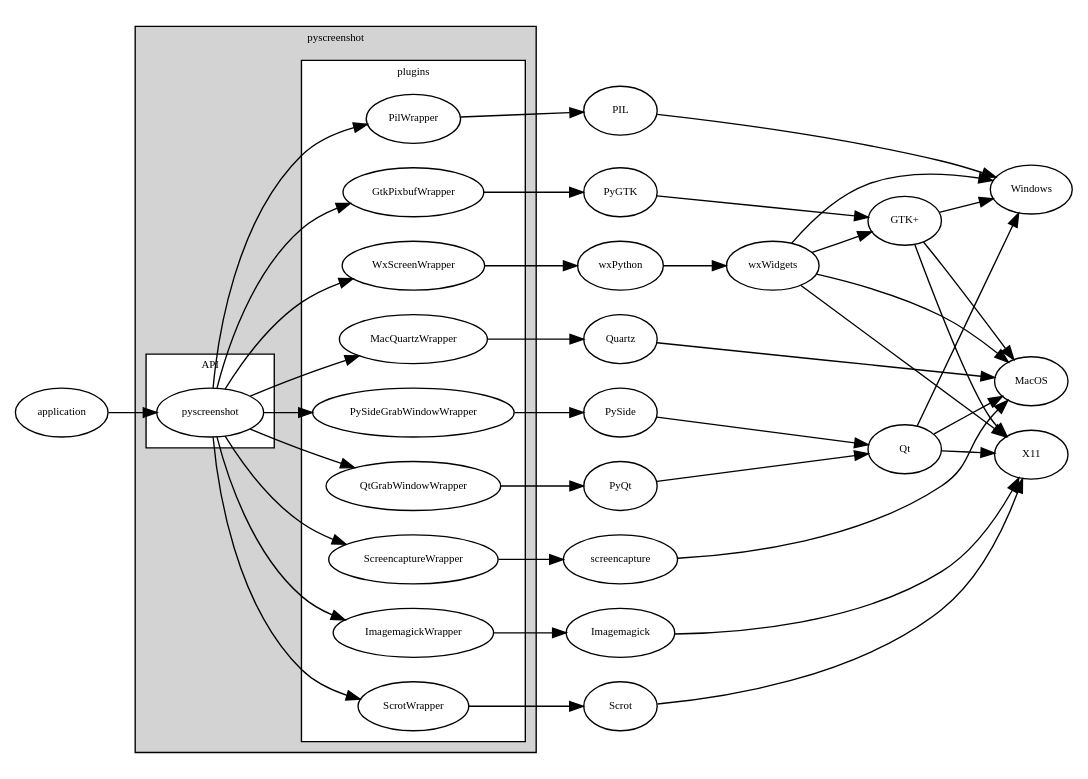
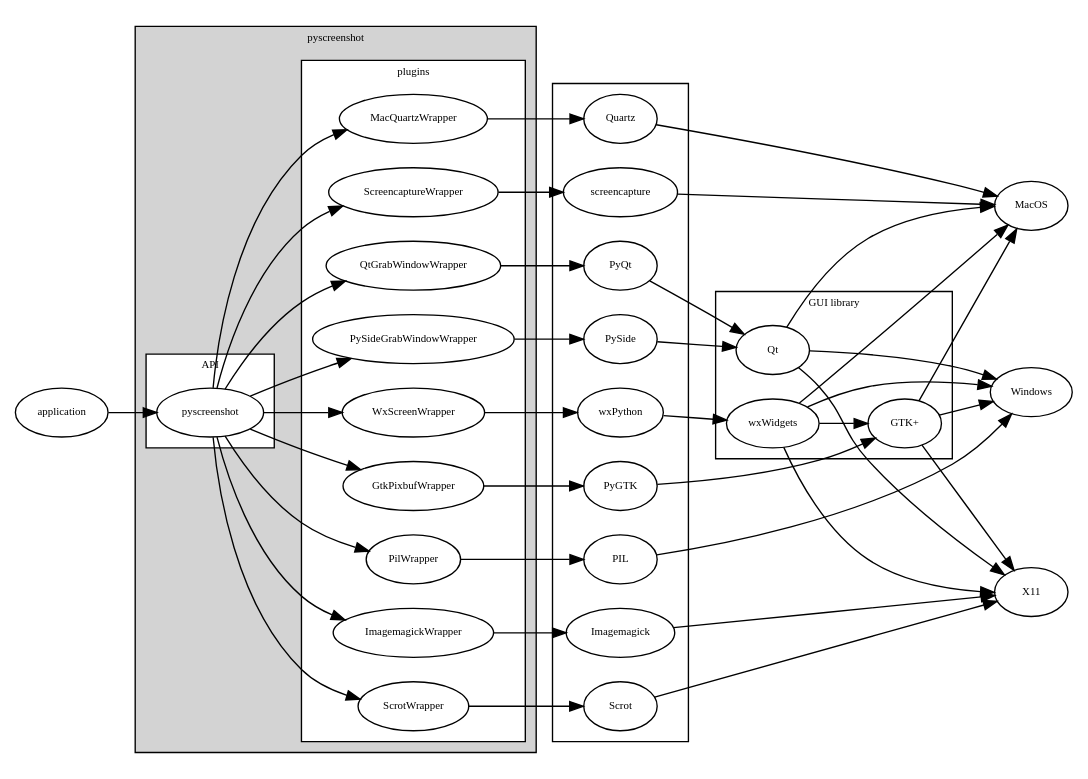
Before and after one commit to ponty/pyscreenshot: the diagram in docs/hierarchy.rst, drawn with Graphviz.

Commit message:
doc: format hierarchy

```diff
--- a/docs/hierarchy.rst
+++ b/docs/hierarchy.rst
@@ -4,61 +4,79 @@
 .. graphviz::
 
     digraph G {
         rankdir=LR;
         node [fontsize=8];
         fontsize=8;
 
         subgraph cluster_0 {
             label = "pyscreenshot";
             style=filled;
             fillcolor=lightgrey;
             subgraph cluster_1 {
                 label = "API";
                 style=filled;
                 fillcolor=white;
 
                 pyscreenshot;
             }
             subgraph cluster_2 {
                 style=filled;
                 fillcolor=white;
                 label = "plugins";
 
                 pyscreenshot -> GtkPixbufWrapper;
                 pyscreenshot -> QtGrabWindowWrapper;
                 pyscreenshot -> PySideGrabWindowWrapper;
                 pyscreenshot -> PilWrapper;
                 pyscreenshot -> ImagemagickWrapper;
                 pyscreenshot -> WxScreenWrapper;
                 pyscreenshot -> ScrotWrapper;
                 pyscreenshot -> MacQuartzWrapper
                 pyscreenshot -> ScreencaptureWrapper
             }
         }
+        subgraph cluster_3 {
+            PIL;
+            wxPython;
+            PyQt;
+            PySide;
+            PyGTK;
+            screencapture;
+            Quartz;
+            Scrot;
+            Imagemagick;
+        }
+        subgraph cluster_4 {
+            label = "GUI library";
+            Qt;
+            wxWidgets;
+            "GTK+";
+        }
+
         QtGrabWindowWrapper -> PyQt -> Qt;
         PySideGrabWindowWrapper -> PySide -> Qt;
         Qt -> MacOS;
         Qt -> Windows;
         Qt -> X11;
 
         PilWrapper -> PIL -> Windows;
         ImagemagickWrapper -> Imagemagick -> X11;
         ScrotWrapper -> Scrot -> X11;
 
         GtkPixbufWrapper -> PyGTK -> "GTK+";
         "GTK+" -> MacOS;
         "GTK+" -> Windows;
         "GTK+" -> X11;
 
         WxScreenWrapper -> wxPython -> wxWidgets;
         wxWidgets -> "GTK+";
         wxWidgets -> MacOS;
         wxWidgets -> Windows;
         wxWidgets -> X11;
 
         MacQuartzWrapper -> Quartz -> MacOS;
         ScreencaptureWrapper -> screencapture -> MacOS;
 
         application -> pyscreenshot;
 
     }
```
